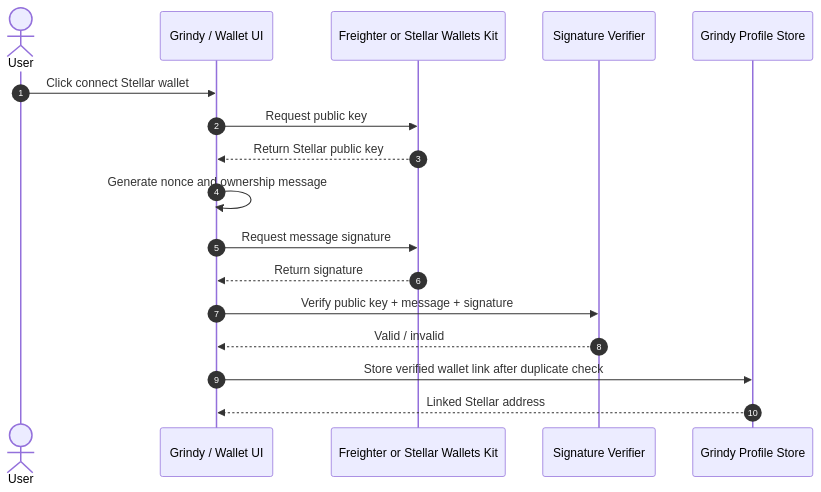
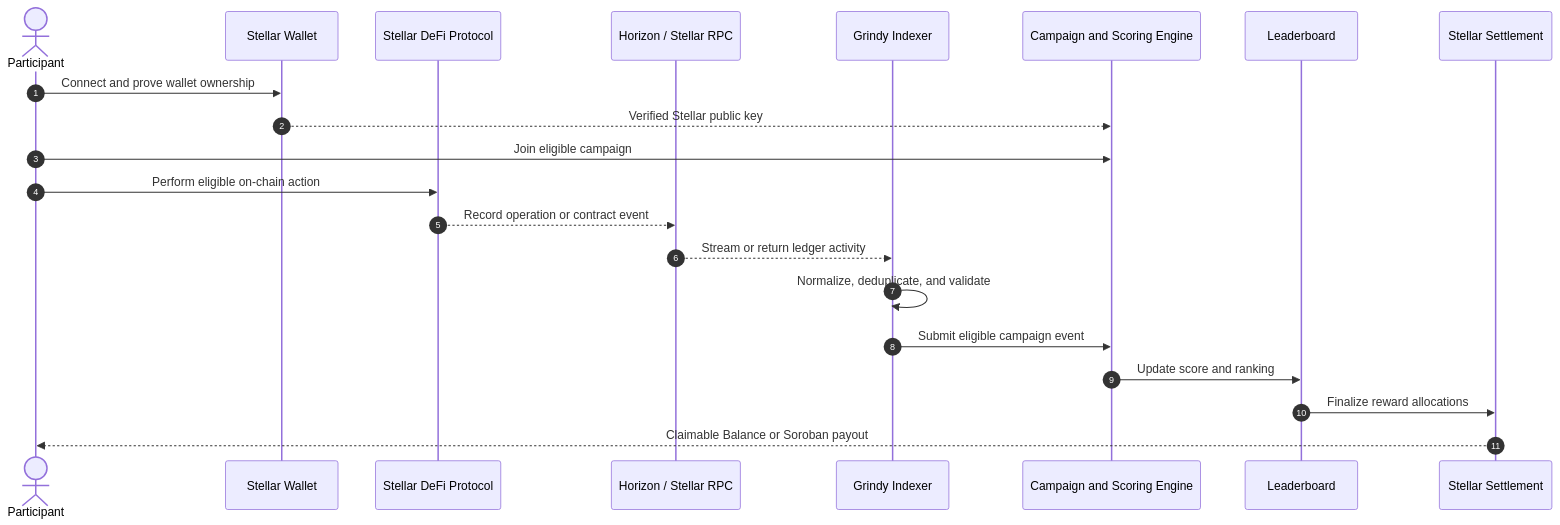
Before and after one commit to MuchuCAT/grindy-stellar-integration: the second of 2 diagrams in docs/technical-architecture.md, drawn with Mermaid. The commit also changed other lines of this file and 11 other files, not shown here.

Commit message:
Polish Stellar architecture and public demo

````diff
--- a/docs/technical-architecture.md
+++ b/docs/technical-architecture.md
@@ -76,20 +110,24 @@
 ```mermaid
 sequenceDiagram
     autonumber
-    actor User
-    participant UI as Grindy / Wallet UI
-    participant Wallet as Freighter or Stellar Wallets Kit
-    participant Verifier as Signature Verifier
-    participant Profile as Grindy Profile Store
+    actor User as Participant
+    participant Wallet as Stellar Wallet
+    participant Protocol as Stellar DeFi Protocol
+    participant Network as Horizon / Stellar RPC
+    participant Indexer as Grindy Indexer
+    participant Engine as Campaign and Scoring Engine
+    participant Board as Leaderboard
+    participant Settlement as Stellar Settlement
 
-    User->>UI: Click connect Stellar wallet
-    UI->>Wallet: Request public key
-    Wallet-->>UI: Return Stellar public key
-    UI->>UI: Generate nonce and ownership message
-    UI->>Wallet: Request message signature
-    Wallet-->>UI: Return signature
-    UI->>Verifier: Verify public key + message + signature
-    Verifier-->>UI: Valid / invalid
-    UI->>Profile: Store verified wallet link after duplicate check
-    Profile-->>UI: Linked Stellar address
+    User->>Wallet: Connect and prove wallet ownership
+    Wallet-->>Engine: Verified Stellar public key
+    User->>Engine: Join eligible campaign
+    User->>Protocol: Perform eligible on-chain action
+    Protocol-->>Network: Record operation or contract event
+    Network-->>Indexer: Stream or return ledger activity
+    Indexer->>Indexer: Normalize, deduplicate, and validate
+    Indexer->>Engine: Submit eligible campaign event
+    Engine->>Board: Update score and ranking
+    Board->>Settlement: Finalize reward allocations
+    Settlement-->>User: Claimable Balance or Soroban payout
 ```
````
